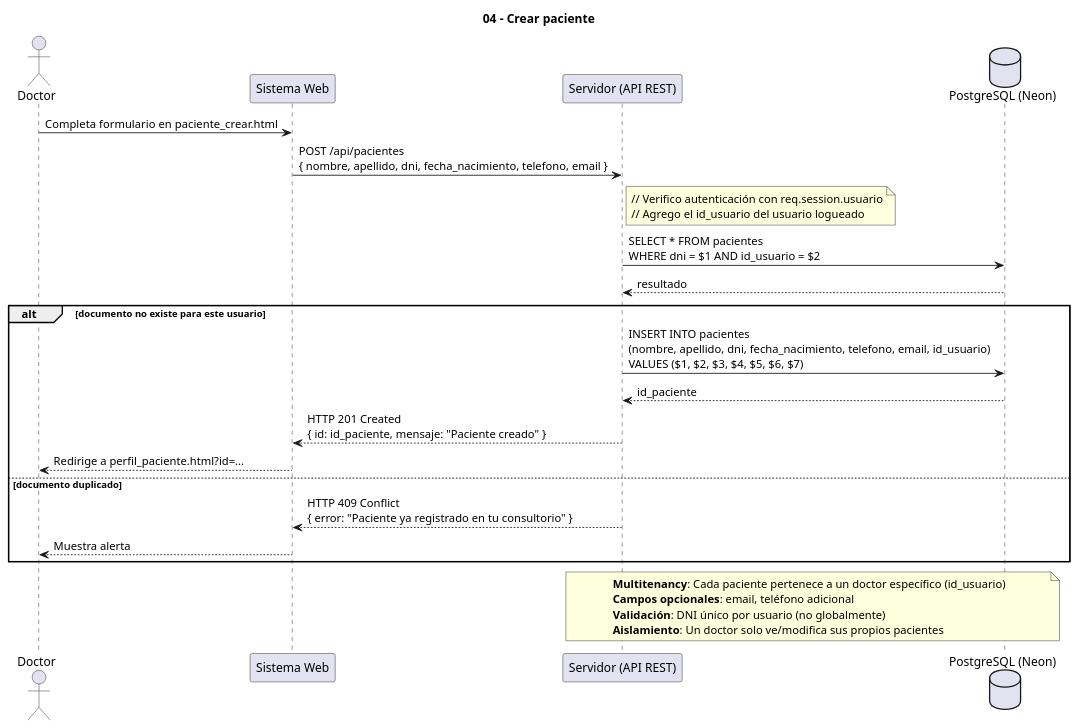
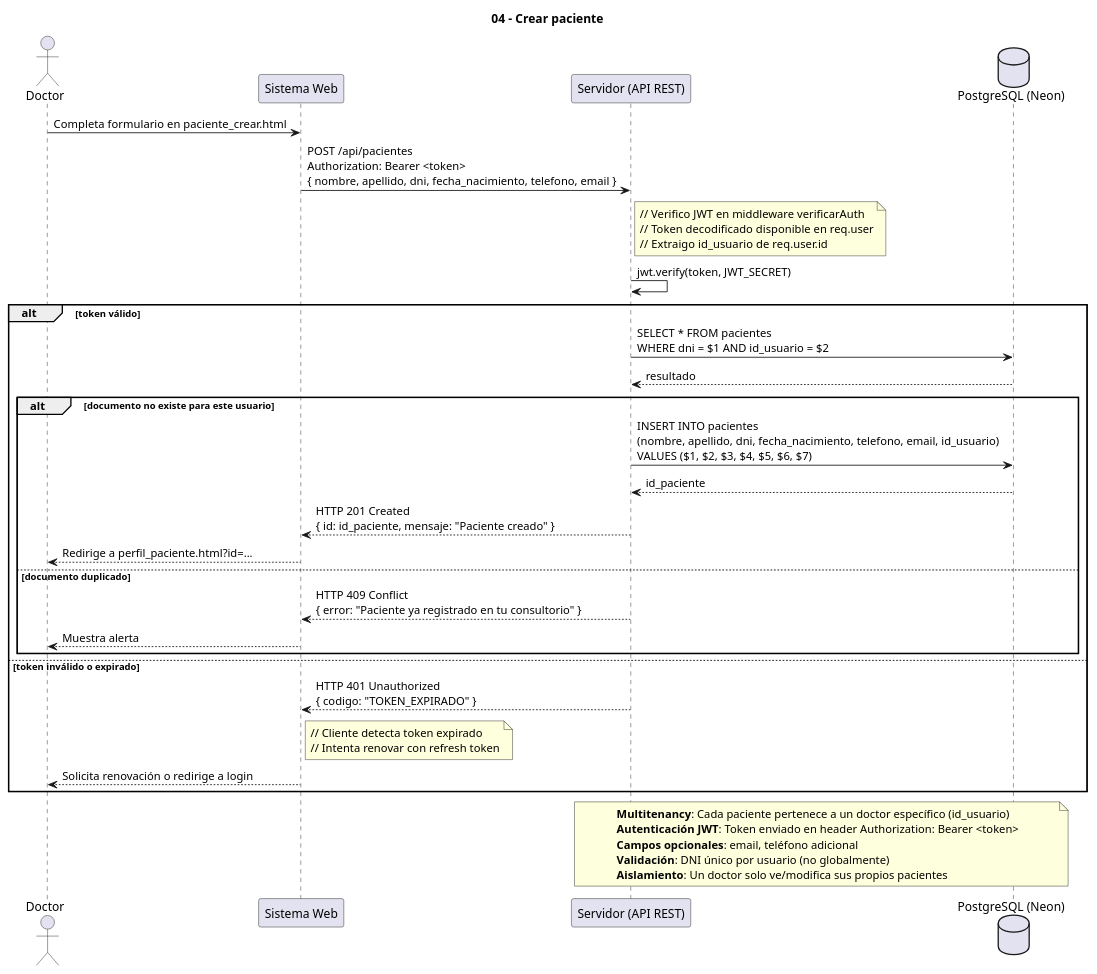
Before and after one commit to marcostoledo96/mvp_historias-clinicas: the diagram in docs/04_crear_paciente.puml, drawn with PlantUML. The commit also changed 49 other files, not shown here.

```diff
--- a/docs/04_crear_paciente.puml
+++ b/docs/04_crear_paciente.puml
@@ -1,41 +1,57 @@
 @startuml
 ' Diagrama 04 - Crear paciente
 ' Sistema multitenancy: cada paciente pertenece al doctor (id_usuario)
 title 04 - Crear paciente
 
 actor Doctor
 participant "Sistema Web" as Web
 participant "Servidor (API REST)" as Server
 database "PostgreSQL (Neon)" as DB
 
 Doctor -> Web : Completa formulario en paciente_crear.html
-Web -> Server : POST /api/pacientes\n{ nombre, apellido, dni, fecha_nacimiento, telefono, email }
+Web -> Server : POST /api/pacientes\nAuthorization: Bearer <token>\n{ nombre, apellido, dni, fecha_nacimiento, telefono, email }
 
 note right of Server
-  // Verifico autenticación con req.session.usuario
-  // Agrego el id_usuario del usuario logueado
+  // Verifico JWT en middleware verificarAuth
+  // Token decodificado disponible en req.user
+  // Extraigo id_usuario de req.user.id
 end note
 
-Server -> DB : SELECT * FROM pacientes\nWHERE dni = $1 AND id_usuario = $2
-DB --> Server : resultado
+Server -> Server : jwt.verify(token, JWT_SECRET)
 
-alt documento no existe para este usuario
-  Server -> DB : INSERT INTO pacientes\n(nombre, apellido, dni, fecha_nacimiento, telefono, email, id_usuario)\nVALUES ($1, $2, $3, $4, $5, $6, $7)
-  DB --> Server : id_paciente
+alt token válido
+  Server -> DB : SELECT * FROM pacientes\nWHERE dni = $1 AND id_usuario = $2
+  DB --> Server : resultado
   
-  Server --> Web : HTTP 201 Created\n{ id: id_paciente, mensaje: "Paciente creado" }
-  Web --> Doctor : Redirige a perfil_paciente.html?id=...
+  alt documento no existe para este usuario
+    Server -> DB : INSERT INTO pacientes\n(nombre, apellido, dni, fecha_nacimiento, telefono, email, id_usuario)\nVALUES ($1, $2, $3, $4, $5, $6, $7)
+    DB --> Server : id_paciente
+    
+    Server --> Web : HTTP 201 Created\n{ id: id_paciente, mensaje: "Paciente creado" }
+    Web --> Doctor : Redirige a perfil_paciente.html?id=...
+    
+  else documento duplicado
+    Server --> Web : HTTP 409 Conflict\n{ error: "Paciente ya registrado en tu consultorio" }
+    Web --> Doctor : Muestra alerta
+  end
+
+else token inválido o expirado
+  Server --> Web : HTTP 401 Unauthorized\n{ codigo: "TOKEN_EXPIRADO" }
   
-else documento duplicado
-  Server --> Web : HTTP 409 Conflict\n{ error: "Paciente ya registrado en tu consultorio" }
-  Web --> Doctor : Muestra alerta
+  note right of Web
+    // Cliente detecta token expirado
+    // Intenta renovar con refresh token
+  end note
+  
+  Web --> Doctor : Solicita renovación o redirige a login
 end
 
 note over Server, DB
   **Multitenancy**: Cada paciente pertenece a un doctor específico (id_usuario)
+  **Autenticación JWT**: Token enviado en header Authorization: Bearer <token>
   **Campos opcionales**: email, teléfono adicional
   **Validación**: DNI único por usuario (no globalmente)
   **Aislamiento**: Un doctor solo ve/modifica sus propios pacientes
 end note
 
 @enduml
```
